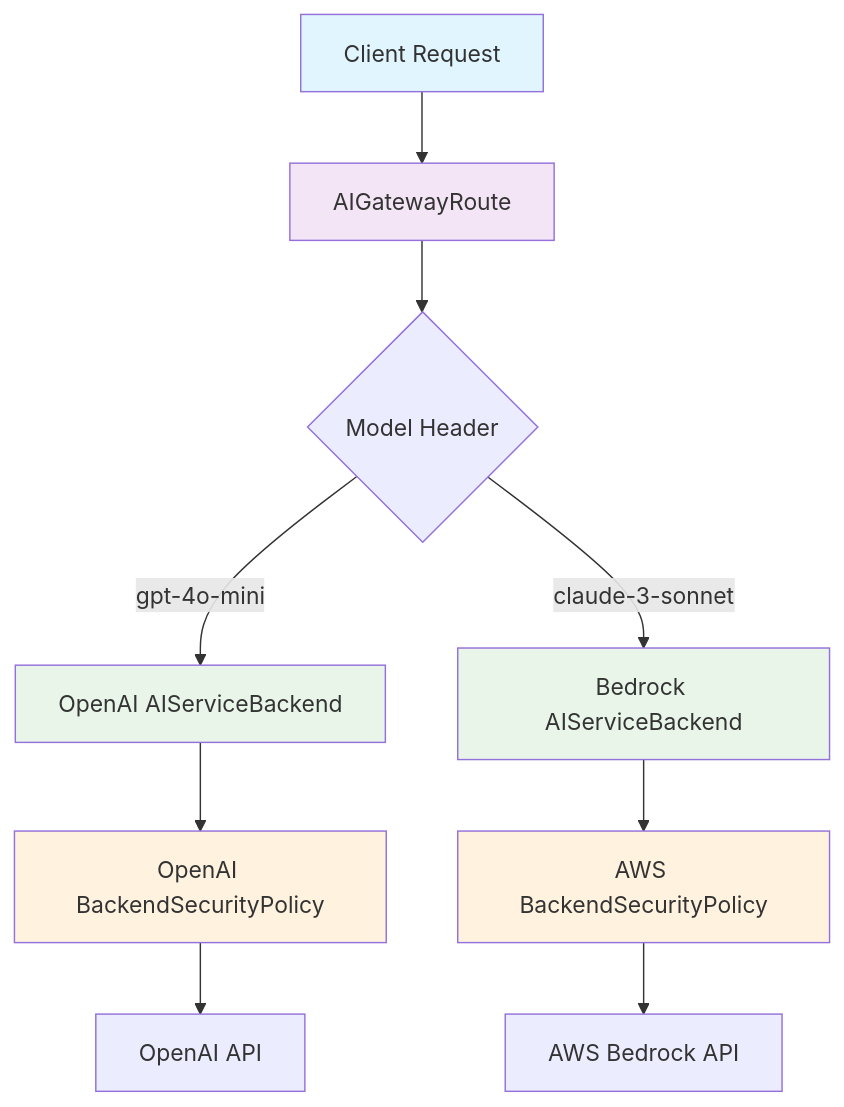
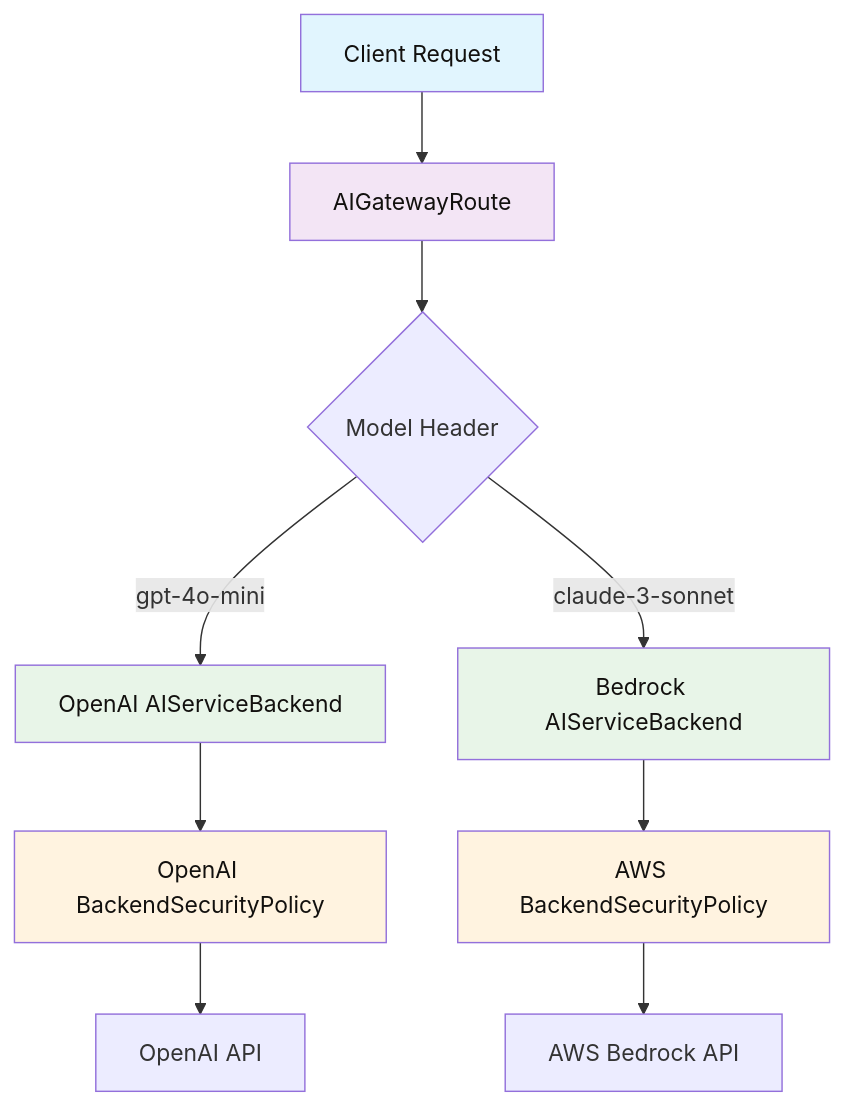
The diagram in site/docs/capabilities/llm-integrations/connect-providers.md (theagentrouter/agent-router), drawn with Mermaid before and after one commit. The commit also changed 13 other files, not shown here.

First line of the commit message:
docs: make architecture diagrams readable in dark mode

````diff
--- a/site/docs/capabilities/llm-integrations/connect-providers.md
+++ b/site/docs/capabilities/llm-integrations/connect-providers.md
@@ -322,18 +322,21 @@
 ```mermaid
 graph TD
+    accTitle: How provider resources connect
+    accDescr: A client request reaches the AIGatewayRoute, which matches on the model header. gpt-4o-mini goes to the OpenAI AIServiceBackend, then its OpenAI BackendSecurityPolicy, then the OpenAI API. claude-3-sonnet goes to the Bedrock AIServiceBackend, then its AWS BackendSecurityPolicy, then the AWS Bedrock API.
+
     A[Client Request] --> B[AIGatewayRoute]
     B --> C{Model Header}
     C -->|gpt-4o-mini| D[OpenAI AIServiceBackend]
     C -->|claude-3-sonnet| E[Bedrock AIServiceBackend]
     D --> F[OpenAI BackendSecurityPolicy]
     E --> G[AWS BackendSecurityPolicy]
     F --> H[OpenAI API]
     G --> I[AWS Bedrock API]
 
-    style A fill:#e1f5fe
-    style B fill:#f3e5f5
-    style D fill:#e8f5e8
-    style E fill:#e8f5e8
-    style F fill:#fff3e0
-    style G fill:#fff3e0
+    style A fill:#e1f5fe,color:#12100E
+    style B fill:#f3e5f5,color:#12100E
+    style D fill:#e8f5e8,color:#12100E
+    style E fill:#e8f5e8,color:#12100E
+    style F fill:#fff3e0,color:#12100E
+    style G fill:#fff3e0,color:#12100E
 ```
````
